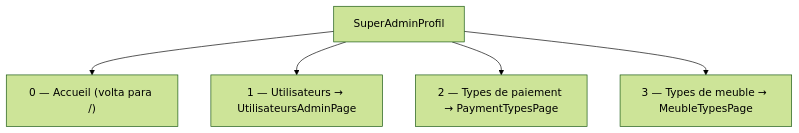
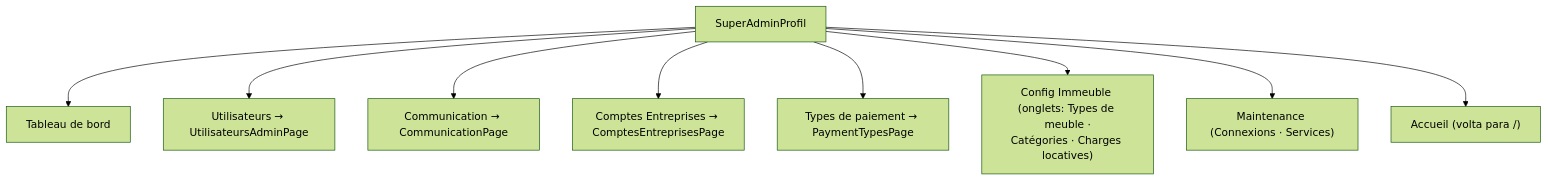
The third of 6 diagrams in diagrams/04_navegacao.md (rhayonne/lacoloc), drawn with Mermaid (forest theme) before and after one commit. The commit also changed other lines of this file and 89 other files, not shown here.

````diff
--- a/diagrams/04_navegacao.md
+++ b/diagrams/04_navegacao.md
@@ -86,9 +92,13 @@
 ```mermaid
 flowchart TD
     APROFIL["SuperAdminProfil"]
-    A0["0 — Accueil (volta para /)"]
-    A1["1 — Utilisateurs → UtilisateursAdminPage"]
-    A2["2 — Types de paiement → PaymentTypesPage"]
-    A3["3 — Types de meuble → MeubleTypesPage"]
-    APROFIL --> A0 & A1 & A2 & A3
+    A0["Tableau de bord"]
+    A1["Utilisateurs → UtilisateursAdminPage"]
+    A2["Communication → CommunicationPage"]
+    A3["Comptes Entreprises → ComptesEntreprisesPage"]
+    A4["Types de paiement → PaymentTypesPage"]
+    A5["Config Immeuble (onglets: Types de meuble ·\nCatégories · Charges locatives)"]
+    A6["Maintenance (Connexions · Services)"]
+    A7["Accueil (volta para /)"]
+    APROFIL --> A0 & A1 & A2 & A3 & A4 & A5 & A6 & A7
 ```
````
